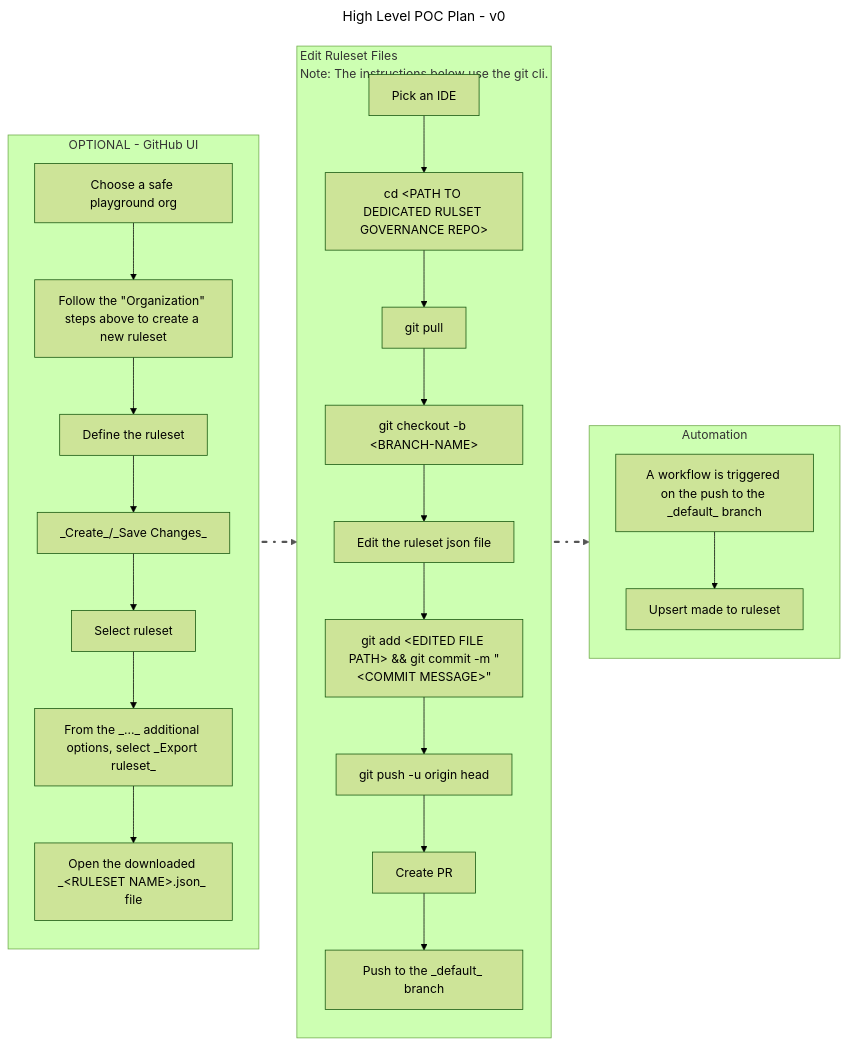
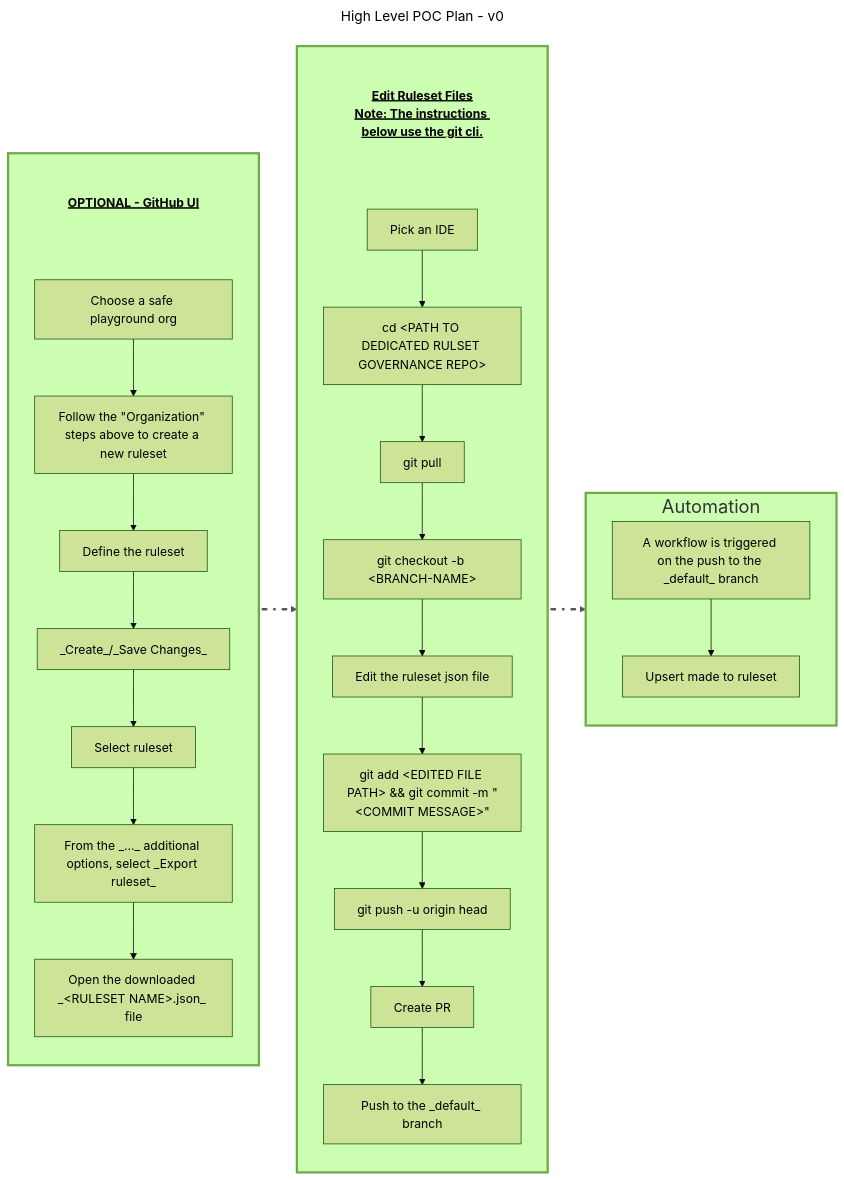
The diagram in .github/README.md (jwilliams-gh-sandbox/ruleset-governance), drawn with Mermaid (forest theme) before and after one commit.

Commit message:
more readme updates

````diff
--- a/.github/README.md
+++ b/.github/README.md
@@ -50,41 +50,50 @@
 ```mermaid
 ---
 title: High Level POC Plan - v0
 ---
 flowchart LR
-    subgraph optional_ui["OPTIONAL - GitHub UI"]
+    subgraph optional_ui[ ]
         direction TB
-        choose_playground["Choose a safe playground org"] --> follow_steps["Follow the #quot;Organization#quot; steps above to create a new ruleset"]
+        title_optional_ui["OPTIONAL - GitHub UI"] ~~~ choose_playground["Choose a safe playground org"]
+        choose_playground --> follow_steps["Follow the #quot;Organization#quot; steps above to create a new ruleset"]
         follow_steps --> define_props["Define the ruleset"]
         define_props --> create["_Create_/_Save Changes_"]
         create --> select_ruleset["Select ruleset"]
         select_ruleset --> export["From the _..._ additional options, select _Export ruleset_"]
         export --> download["Open the downloaded _&lt;RULESET NAME&gt;.json_ file"]
     end
 
-    subgraph edit_rulesets["Edit Ruleset Files<br />Note: The instructions below use the git cli."]
+    subgraph edit_rulesets[ ]
         direction TB
-        pick_ide["Pick an IDE"] --> cd_repo["`cd &lt;PATH TO DEDICATED RULSET GOVERNANCE REPO&gt;`"]
+        title_edit_rulesets["Edit Ruleset Files<br />Note: The instructions below use the git cli."] ~~~ pick_ide["Pick an IDE"]
+        pick_ide --> cd_repo["`cd &lt;PATH TO DEDICATED RULSET GOVERNANCE REPO&gt;`"]
         cd_repo --> git_pull["`git pull`"]
         git_pull --> git_checkout["`git checkout -b &lt;BRANCH-NAME&gt;`"]
         git_checkout --> edit_file["Edit the ruleset json file"]
         edit_file --> gcam["`git add &lt;EDITED FILE PATH&gt; && git commit -m #quot;&lt;COMMIT MESSAGE&gt;#quot;`"]
         gcam --> git_push["`git push -u origin head`"]
         git_push --> create_pr["Create PR"]
         create_pr --> push_default["Push to the _default_ branch"]
     end
 
     optional_ui optional_ui_to_edit_rulesets@--> edit_rulesets
 
     subgraph automation["Automation"]
         direction TB
         workflow_trigger["A workflow is triggered on the push to the _default_ branch"] --> workflow_diff_discovery["Upsert made to ruleset"]
     end
 
     edit_rulesets edit_rulesets_to_automation@--> automation
 
+    %% arrow styles
     classDef animate_arrow stroke: #555, stroke-linecap:round, stroke-dasharray: 1 10 5 10, stroke-dashoffset: 500px, stroke-width:3px, animation: dash 50s linear infinite;
+    class optional_ui_to_edit_rulesets,edit_rulesets_to_automation animate_arrow
 
-    class optional_ui_to_edit_rulesets animate_arrow
-    class edit_rulesets_to_automation animate_arrow
+    %% title styles
+    classDef title stroke: none, fill: none, font-size: 100%, text-decoration: underline, font-weight:bold;
+    class title_optional_ui,title_edit_rulesets title
+
+    %% title styles
+    classDef subGraph font-size:24px, stroke-width:3px;
+    class optional_ui,edit_rulesets,automation subGraph
 ```
````
